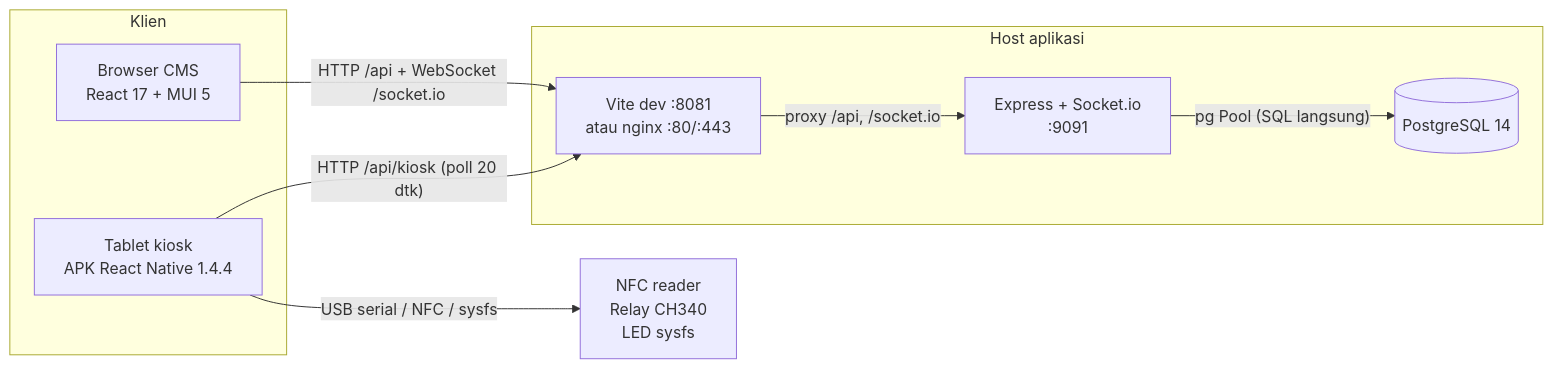
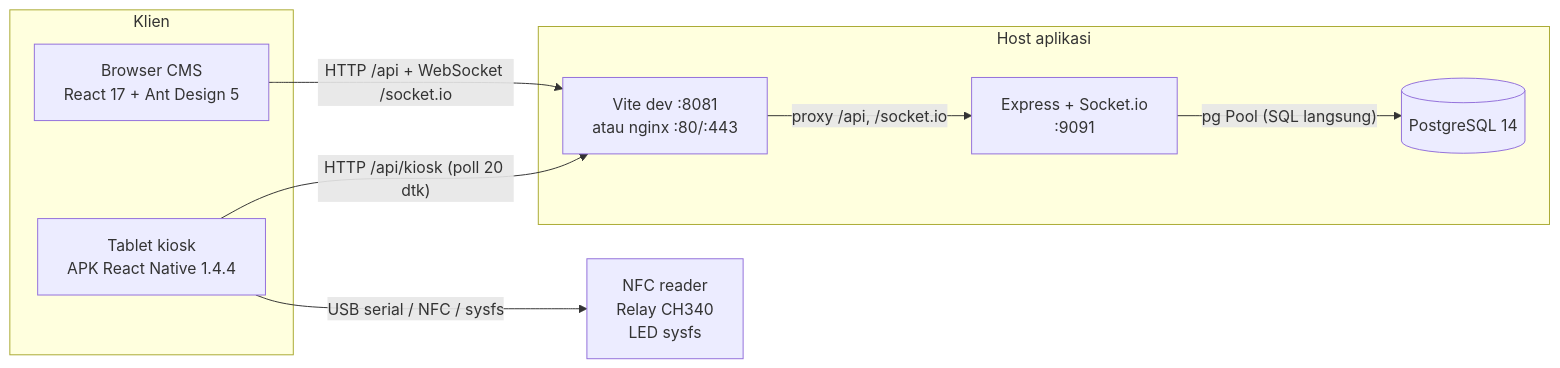
Before and after one commit to goodmeow/app_booking: the first of 5 diagrams in docs/architecture.md, drawn with Mermaid. The commit also changed other lines of this file and 46 other files, not shown here.

Commit message:
feat(client): complete Ant Design migration

````diff
--- a/docs/architecture.md
+++ b/docs/architecture.md
@@ -28,21 +28,21 @@
 ```mermaid
 flowchart LR
   subgraph Klien
-    CMS["Browser CMS<br/>React 17 + MUI 5"]
+    CMS["Browser CMS<br/>React 17 + Ant Design 5"]
     KIOSK["Tablet kiosk<br/>APK React Native 1.4.4"]
   end
 
   subgraph Host["Host aplikasi"]
     EDGE["Vite dev :8081<br/>atau nginx :80/:443"]
     API["Express + Socket.io<br/>:9091"]
     DB[("PostgreSQL 14")]
   end
 
   HW["NFC reader<br/>Relay CH340<br/>LED sysfs"]
 
   CMS -->|"HTTP /api + WebSocket /socket.io"| EDGE
   EDGE -->|"proxy /api, /socket.io"| API
   API -->|"pg Pool (SQL langsung)"| DB
   KIOSK -->|"HTTP /api/kiosk (poll 20 dtk)"| EDGE
   KIOSK -->|"USB serial / NFC / sysfs"| HW
 ```
````
